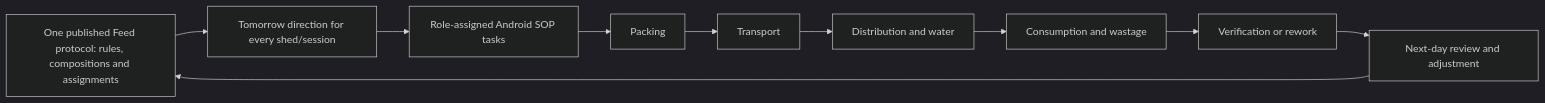
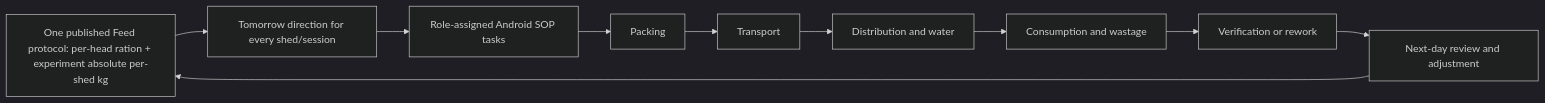
One commit to arya-man/goatos-backup changed the first of 2 diagrams in docs/feed-direction/SOP-MOBILE-CUTOVER-PRD.md. Above: the diagram before and after it, drawn with Mermaid (dark theme). The commit also changed other lines of this file and 9 other files, not shown here.

First line of the commit message:
docs(feed): correct experiment feed model to absolute-kg-per-shed

````diff
--- a/docs/feed-direction/SOP-MOBILE-CUTOVER-PRD.md
+++ b/docs/feed-direction/SOP-MOBILE-CUTOVER-PRD.md
@@ -46,12 +46,12 @@
 ```mermaid
 flowchart LR
-    A["One published Feed protocol: rules, compositions and assignments"] --> B["Tomorrow direction for every shed/session"]
+    A["One published Feed protocol: per-head ration + experiment absolute per-shed kg"] --> B["Tomorrow direction for every shed/session"]
     B --> C["Role-assigned Android SOP tasks"]
     C --> D["Packing"]
     D --> E["Transport"]
     E --> F["Distribution and water"]
     F --> G["Consumption and wastage"]
     G --> H["Verification or rework"]
     H --> I["Next-day review and adjustment"]
     I --> A
 ```
````
